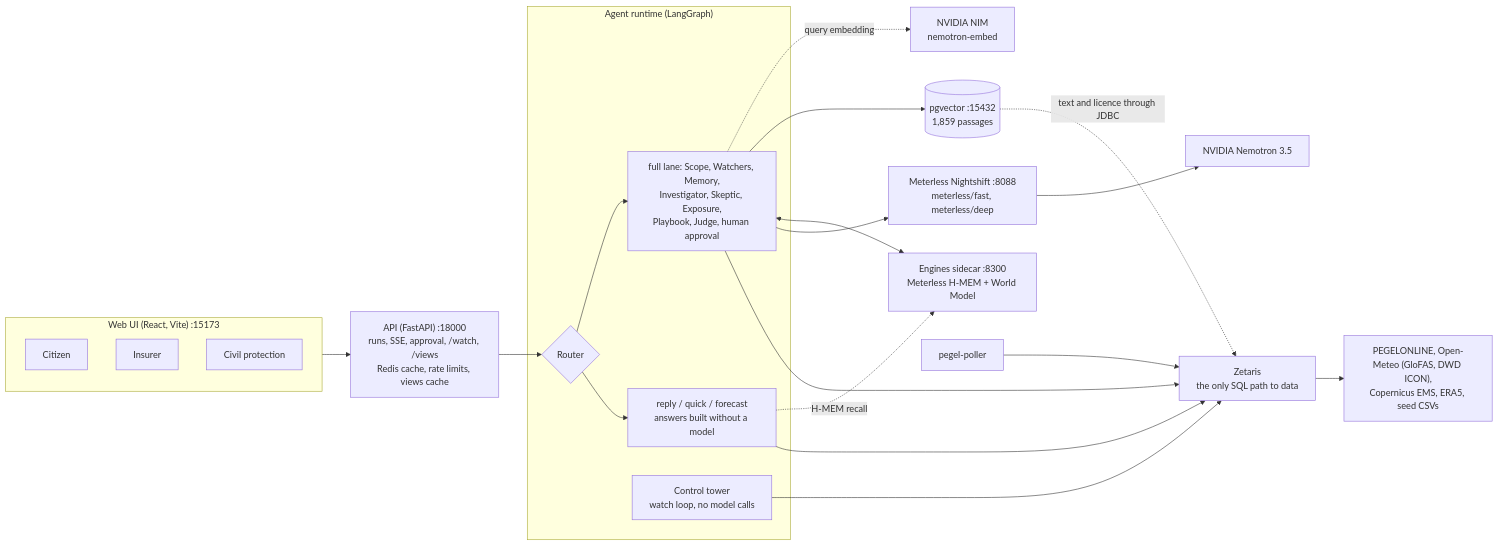
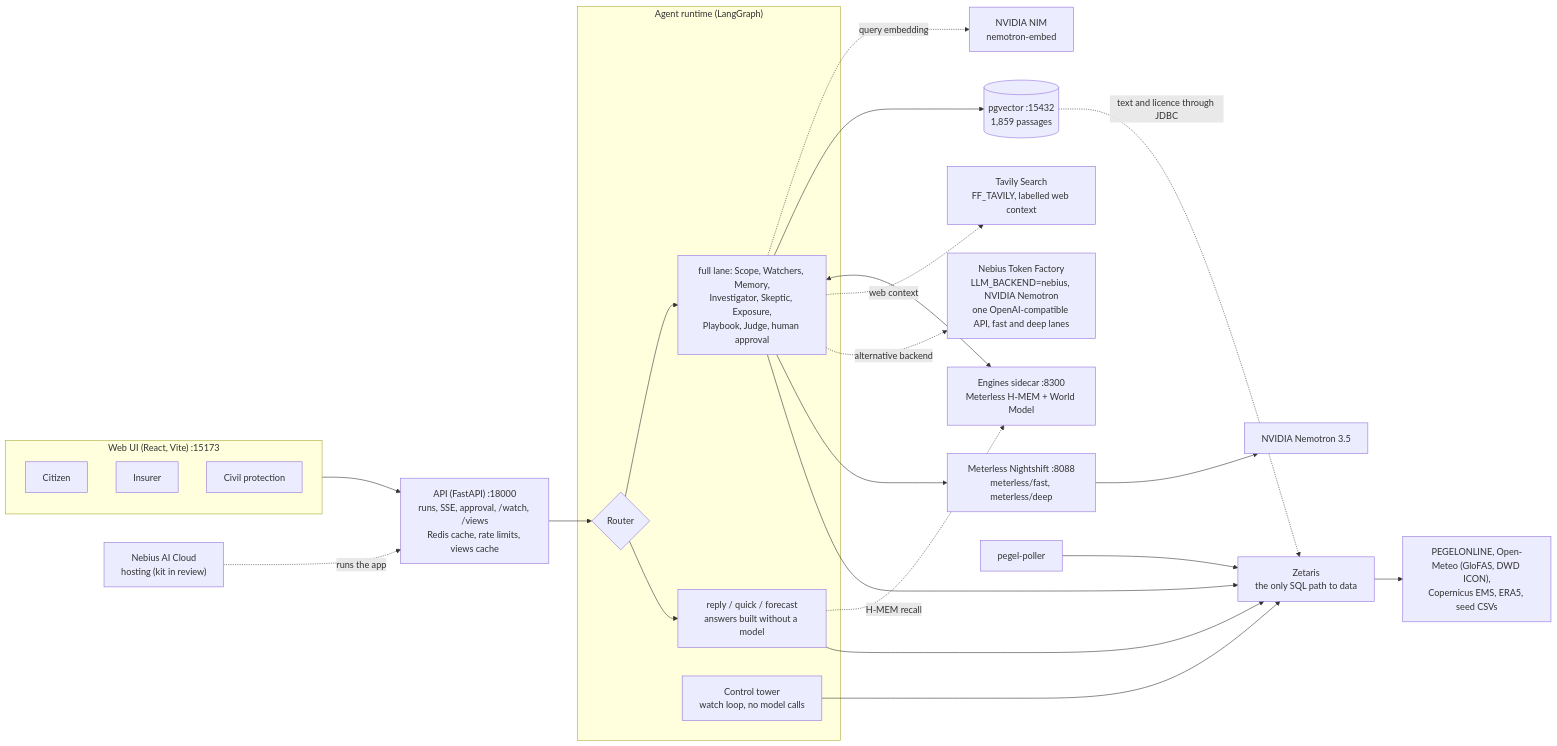
The diagram in README.md (GenAI-Open-Agent-Hackathon/FloodSenseEU-Hackathon-Monorepo), drawn with Mermaid before and after one commit. The commit also changed other lines of this file and 4 other files, not shown here.

Commit message:
docs: Nebius x NVIDIA submission pack, README section, C4 updates

````diff
--- a/README.md
+++ b/README.md
@@ -23,37 +23,43 @@
 ```mermaid
 flowchart LR
   subgraph Desks["Web UI (React, Vite) :15173"]
     CIT[Citizen]
     INS[Insurer]
     OPS[Civil protection]
   end
   API["API (FastAPI) :18000<br/>runs, SSE, approval, /watch, /views<br/>Redis cache, rate limits, views cache"]
   subgraph AG["Agent runtime (LangGraph)"]
     ROUTER{Router}
     LANES["reply / quick / forecast<br/>answers built without a model"]
     FULL["full lane: Scope, Watchers, Memory,<br/>Investigator, Skeptic, Exposure,<br/>Playbook, Judge, human approval"]
     TOWER["Control tower<br/>watch loop, no model calls"]
   end
   ENG["Engines sidecar :8300<br/>Meterless H-MEM + World Model"]
   NS["Meterless Nightshift :8088<br/>meterless/fast, meterless/deep"]
   NEM["NVIDIA Nemotron 3.5"]
+  TF["Nebius Token Factory<br/>LLM_BACKEND=nebius, NVIDIA Nemotron<br/>one OpenAI-compatible API, fast and deep lanes"]
+  TAV["Tavily Search<br/>FF_TAVILY, labelled web context"]
+  HOST["Nebius AI Cloud<br/>hosting (kit in review)"]
   PGV[("pgvector :15432<br/>1,859 passages")]
   NIM["NVIDIA NIM<br/>nemotron-embed"]
   ZET["Zetaris<br/>the only SQL path to data"]
   SRC["PEGELONLINE, Open-Meteo (GloFAS, DWD ICON),<br/>Copernicus EMS, ERA5, seed CSVs"]
   POLL["pegel-poller"]
   Desks --> API --> ROUTER
   ROUTER --> LANES
   ROUTER --> FULL
   TOWER --> ZET
   LANES --> ZET
   FULL --> ZET
   FULL --> NS --> NEM
+  FULL -. "alternative backend" .-> TF
+  FULL -. "web context" .-> TAV
+  HOST -. "runs the app" .-> API
   FULL <--> ENG
   LANES -. "H-MEM recall" .-> ENG
   FULL --> PGV
   PGV -. "text and licence through JDBC" .-> ZET
   FULL -. "query embedding" .-> NIM
   ZET --> SRC
   POLL --> ZET
 ```
````
